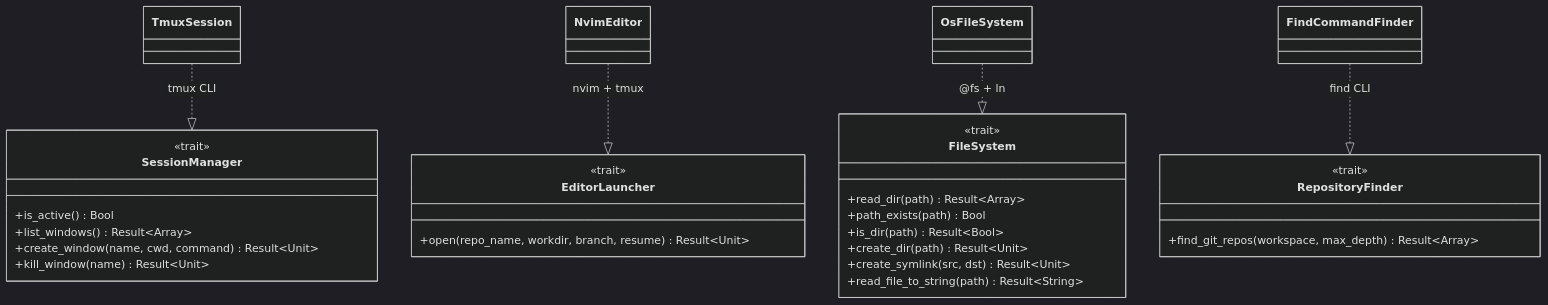
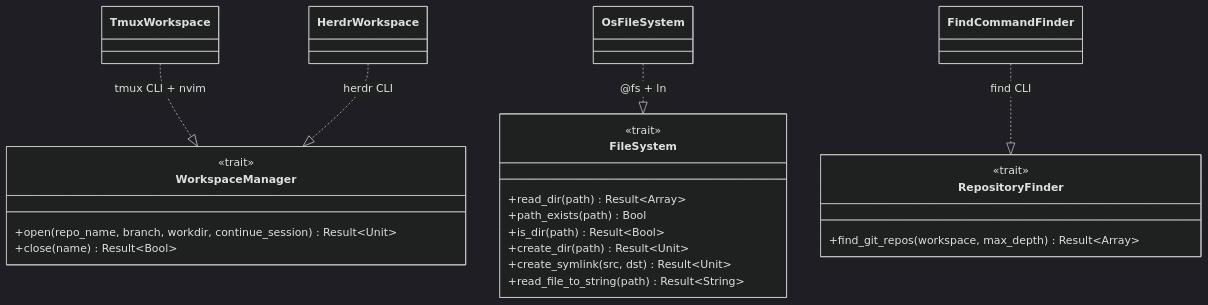
One commit to foresta/ctt changed the fourth of 7 diagrams in src/commands/architecture.md. Above: the diagram before and after it, drawn with Mermaid (dark theme). The commit also changed other lines of this file and 30 other files, not shown here.

First line of the commit message:
feat: add herdr backend, selectable via config.toml (tmux kept)

````diff
--- a/src/commands/architecture.md
+++ b/src/commands/architecture.md
@@ -114,37 +114,31 @@
 ```mermaid
 classDiagram
-    class SessionManager {
+    class WorkspaceManager {
         <<trait>>
-        +is_active() Bool
-        +list_windows() Result~Array~
-        +create_window(name, cwd, command) Result~Unit~
-        +kill_window(name) Result~Unit~
-    }
-    class EditorLauncher {
-        <<trait>>
-        +open(repo_name, workdir, branch, resume) Result~Unit~
+        +open(repo_name, branch, workdir, continue_session) Result~Unit~
+        +close(name) Result~Bool~
     }
     class FileSystem {
         <<trait>>
         +read_dir(path) Result~Array~
         +path_exists(path) Bool
         +is_dir(path) Result~Bool~
         +create_dir(path) Result~Unit~
         +create_symlink(src, dst) Result~Unit~
         +read_file_to_string(path) Result~String~
     }
     class RepositoryFinder {
         <<trait>>
         +find_git_repos(workspace, max_depth) Result~Array~
     }
 
-    class TmuxSession { }
-    class NvimEditor { }
+    class TmuxWorkspace { }
+    class HerdrWorkspace { }
     class OsFileSystem { }
     class FindCommandFinder { }
 
-    TmuxSession ..|> SessionManager : tmux CLI
-    NvimEditor ..|> EditorLauncher : nvim + tmux
+    TmuxWorkspace ..|> WorkspaceManager : tmux CLI + nvim
+    HerdrWorkspace ..|> WorkspaceManager : herdr CLI
     OsFileSystem ..|> FileSystem : @fs + ln
     FindCommandFinder ..|> RepositoryFinder : find CLI
 ```
````
